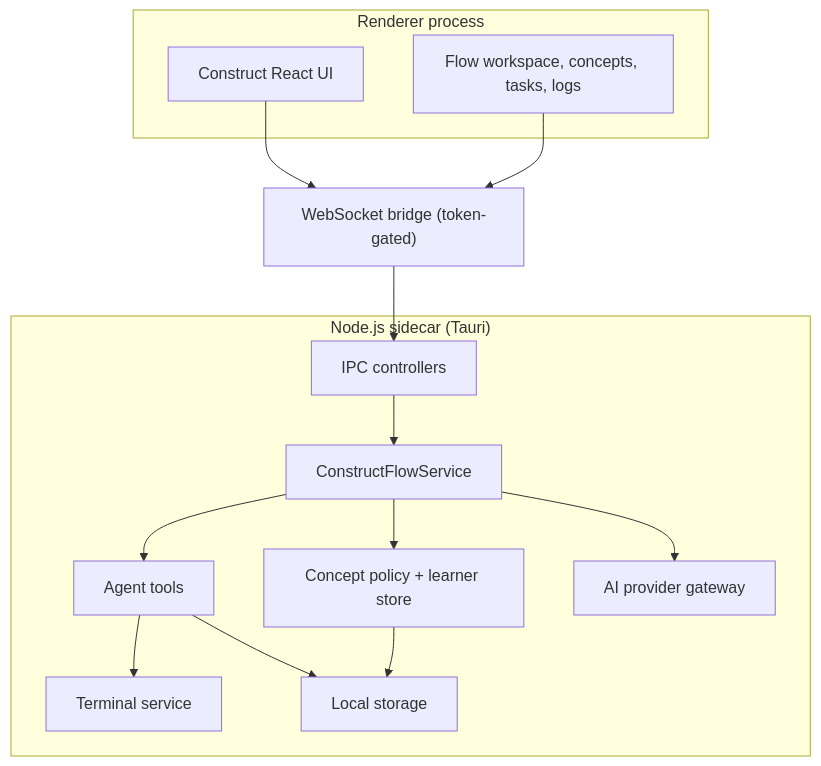
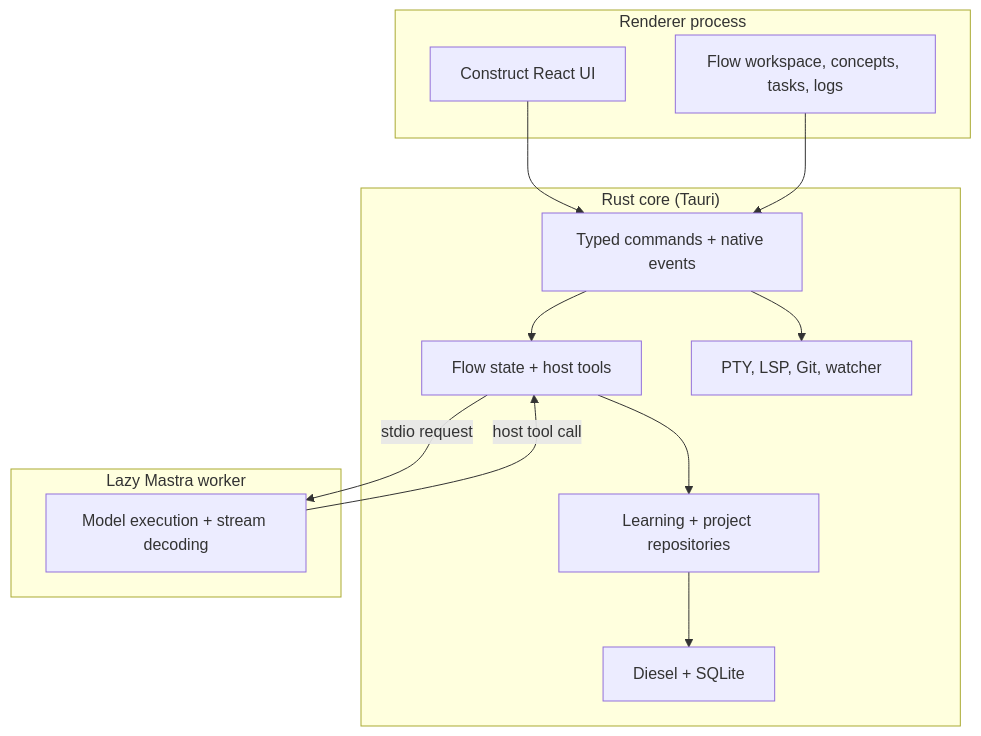
One commit to AbhinavMishra32/Construct-IDE changed the second of 2 diagrams in README.md. Above: the diagram before and after it, drawn with Mermaid. The commit also changed other lines of this file and 26 other files, not shown here.

Commit message:
Remove the legacy Node backend sidecar

````diff
--- a/README.md
+++ b/README.md
@@ -184,28 +183,26 @@
 ```mermaid
 flowchart TB
   subgraph Renderer["Renderer process"]
     UI["Construct React UI"]
     FlowUI["Flow workspace, concepts, tasks, logs"]
   end
 
-  subgraph Main["Node.js sidecar (Tauri)"]
-    IPC["IPC controllers"]
-    Flow["ConstructFlowService"]
-    Tools["Agent tools"]
-    Learning["Concept policy + learner store"]
-    Storage["Local storage"]
-    Terminal["Terminal service"]
-    Providers["AI provider gateway"]
+  subgraph Core["Rust core (Tauri)"]
+    Commands["Typed commands + native events"]
+    Flow["Flow state + host tools"]
+    Learning["Learning + project repositories"]
+    Storage["Diesel + SQLite"]
+    Processes["PTY, LSP, Git, watcher"]
   end
-
-  UI --> Bridge["WebSocket bridge (token-gated)"]
-  FlowUI --> Bridge
-  Bridge --> IPC
-  IPC --> Flow
-  Flow --> Tools
+  subgraph Worker["Lazy Mastra worker"]
+    Mastra["Model execution + stream decoding"]
+  end
+  UI --> Commands
+  FlowUI --> Commands
+  Commands --> Flow
   Flow --> Learning
-  Flow --> Providers
-  Tools --> Terminal
-  Tools --> Storage
   Learning --> Storage
+  Commands --> Processes
+  Flow -->|stdio request| Mastra
+  Mastra -->|host tool call| Flow
 ```
````
